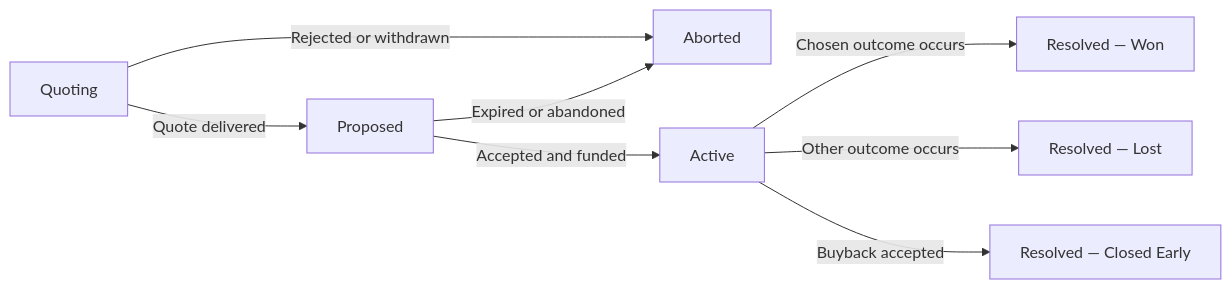
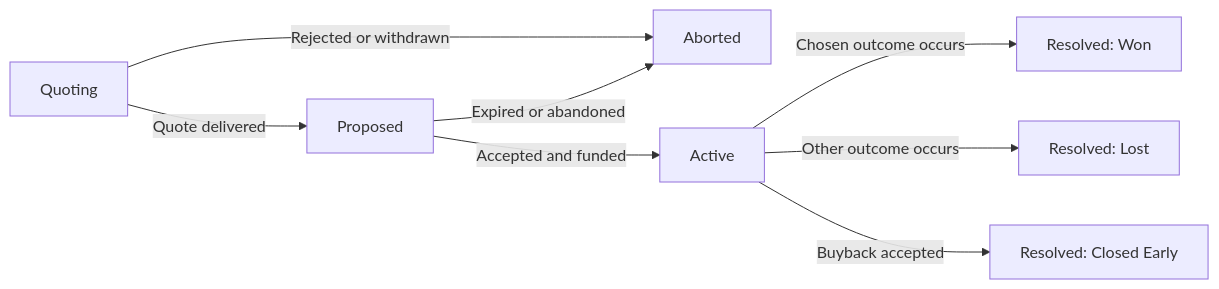
One commit to boundex/docs_bound_exchange changed the diagram in barrier-perps/position-lifecycle.md. Above: the diagram before and after it, drawn with Mermaid. The commit also changed other lines of this file and 8 other files, not shown here.

````diff
--- a/barrier-perps/position-lifecycle.md
+++ b/barrier-perps/position-lifecycle.md
@@ -19,10 +19,10 @@
 ```mermaid
 flowchart LR
     Q["Quoting"] -->|"Quote delivered"| P["Proposed"]
     Q -->|"Rejected or withdrawn"| A["Aborted"]
     P -->|"Accepted and funded"| AC["Active"]
     P -->|"Expired or abandoned"| A
-    AC -->|"Chosen outcome occurs"| W["Resolved — Won"]
-    AC -->|"Other outcome occurs"| L["Resolved — Lost"]
-    AC -->|"Buyback accepted"| E["Resolved — Closed Early"]
+    AC -->|"Chosen outcome occurs"| W["Resolved: Won"]
+    AC -->|"Other outcome occurs"| L["Resolved: Lost"]
+    AC -->|"Buyback accepted"| E["Resolved: Closed Early"]
 ```
````
